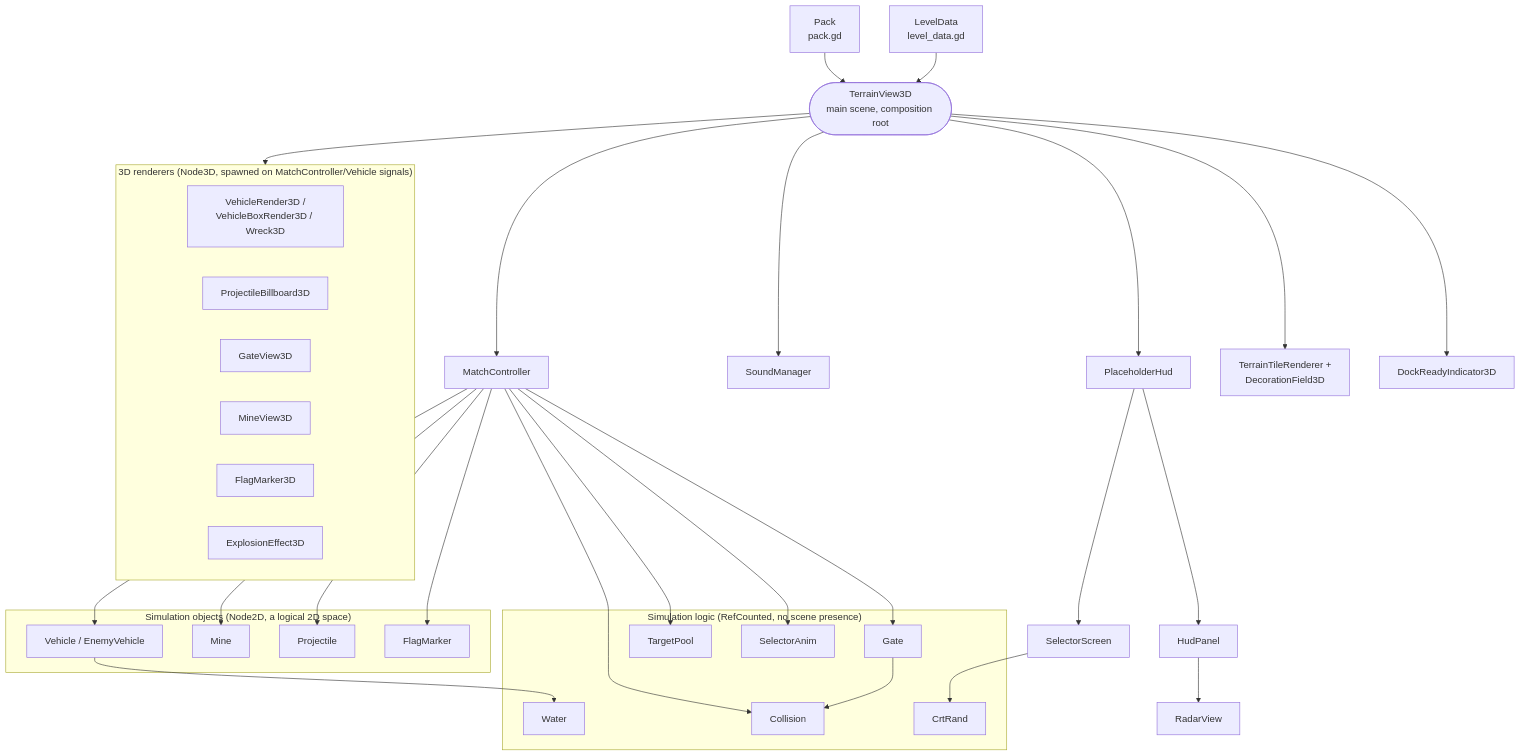
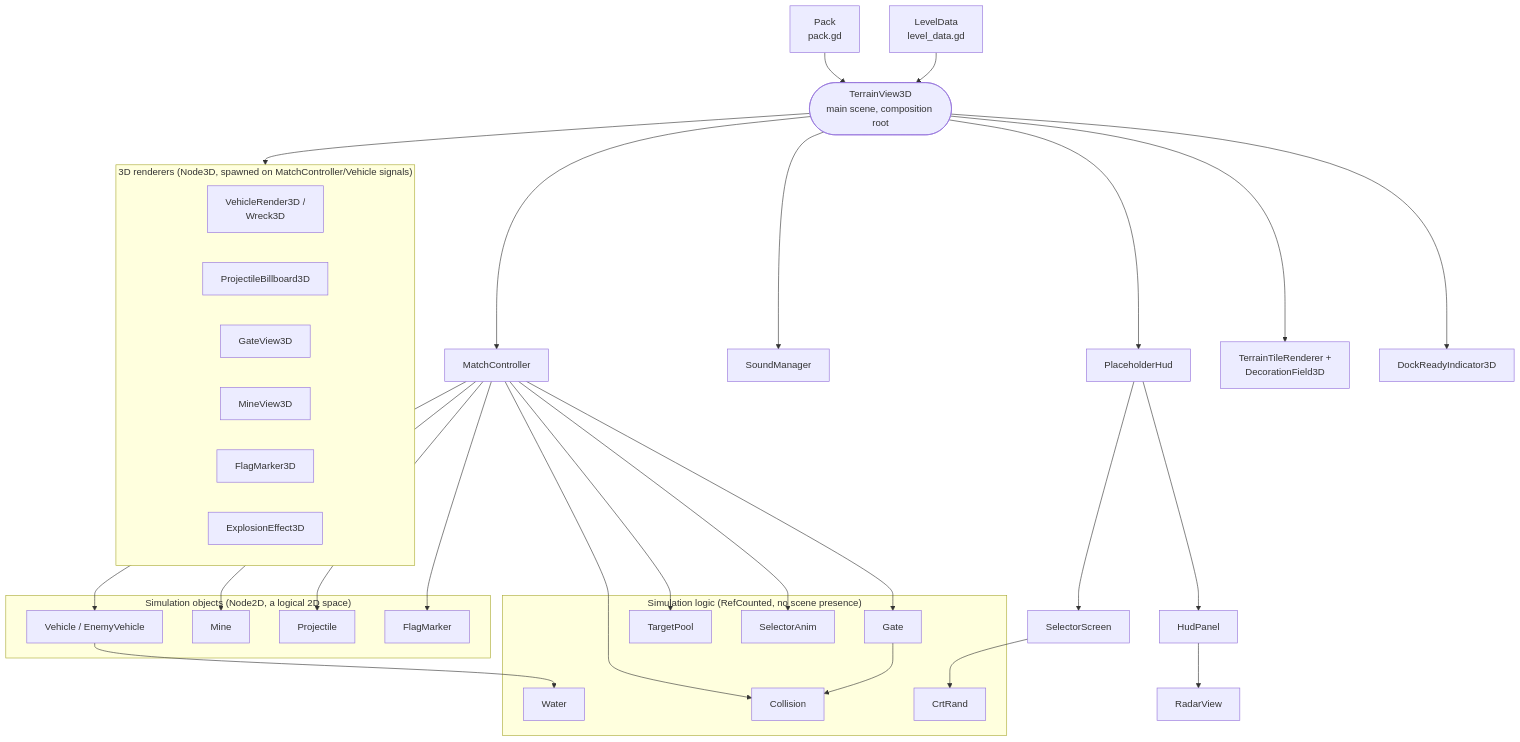
Before and after one commit to alexdia25/openfire: the third of 4 diagrams in docs/ARCHITECTURE.md, drawn with Mermaid. The commit also changed 21 other files, not shown here.

First line of the commit message:
Moddability step 5: every vehicle draws from its definition's render descriptor (wiki doc 104)

````diff
--- a/docs/ARCHITECTURE.md
+++ b/docs/ARCHITECTURE.md
@@ -76,53 +76,53 @@
 ```mermaid
 flowchart TB
     Pack["Pack<br/>pack.gd"] --> Root
     LevelData["LevelData<br/>level_data.gd"] --> Root
     Root(["TerrainView3D<br/>main scene, composition root"])
 
     Root --> MC["MatchController"]
     Root --> Sound["SoundManager"]
     Root --> Hud["PlaceholderHud"]
     Root --> Terrain3D["TerrainTileRenderer +<br/>DecorationField3D"]
     Root --> DockRing["DockReadyIndicator3D"]
     Root --> Render3D
 
     subgraph SimObjects["Simulation objects (Node2D, a logical 2D space)"]
         Vehicle["Vehicle / EnemyVehicle"]
         MineObj["Mine"]
         ProjObj["Projectile"]
         FlagObj["FlagMarker"]
     end
     MC --> Vehicle
     MC --> MineObj
     MC --> ProjObj
     MC --> FlagObj
 
     subgraph SimLogic["Simulation logic (RefCounted, no scene presence)"]
         GateObj["Gate"]
         Pool["TargetPool"]
         Anim["SelectorAnim"]
         Water["Water"]
         Collision["Collision"]
         CrtRand["CrtRand"]
     end
     MC --> GateObj
     MC --> Pool
     MC --> Anim
     MC --> Collision
     Vehicle --> Water
     GateObj --> Collision
 
     subgraph Render3D["3D renderers (Node3D, spawned on MatchController/Vehicle signals)"]
-        VehicleRender["VehicleRender3D /<br/>VehicleBoxRender3D / Wreck3D"]
+        VehicleRender["VehicleRender3D /<br/>Wreck3D"]
         ProjRender["ProjectileBillboard3D"]
         GateRender["GateView3D"]
         MineRender["MineView3D"]
         FlagRender["FlagMarker3D"]
         Explosion["ExplosionEffect3D"]
     end
 
     Hud --> Panel["HudPanel"]
     Panel --> Radar["RadarView"]
     Hud --> Selector["SelectorScreen"]
     Selector --> CrtRand
 ```
````
